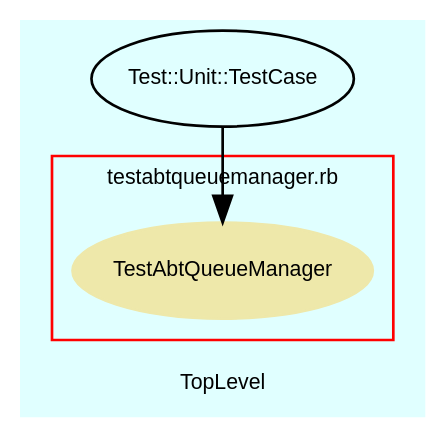
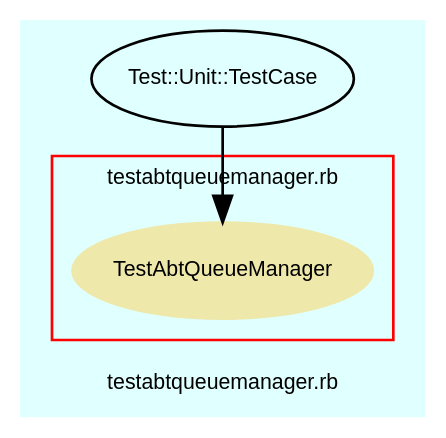
One commit to eschabell/abtlinux changed the diagram in src/trunk/doc/dot/f_14.dot. Above: the diagram before and after it, drawn with Graphviz. The commit also changed 68 other files, not shown here.

```diff
--- a/src/trunk/doc/dot/f_14.dot
+++ b/src/trunk/doc/dot/f_14.dot
@@ -1,37 +1,37 @@
 digraph TopLevel {
     compound = true
     bgcolor = lightcyan1
     fontname = Arial
     fontsize = 8
-    label = "TopLevel"
+    label = "testabtqueuemanager.rb"
     node [
         fontname = Arial,
         fontsize = 8,
         color = black
     ]
 
     subgraph cluster_15 {
         fontname = Arial
         color = red
         label = "testabtqueuemanager.rb"
         TestAbtQueueManager [
             fontcolor = black,
             URL = "classes/TestAbtQueueManager.html",
             shape = ellipse,
             color = palegoldenrod,
             style = filled,
             label = "TestAbtQueueManager"
         ]
 
     }
 
     Test__Unit__TestCase [
         URL = "classes/Test/Unit/TestCase.html",
         label = "Test::Unit::TestCase"
     ]
 
     Test__Unit__TestCase -> TestAbtQueueManager [
 
     ]
 
 }
```
